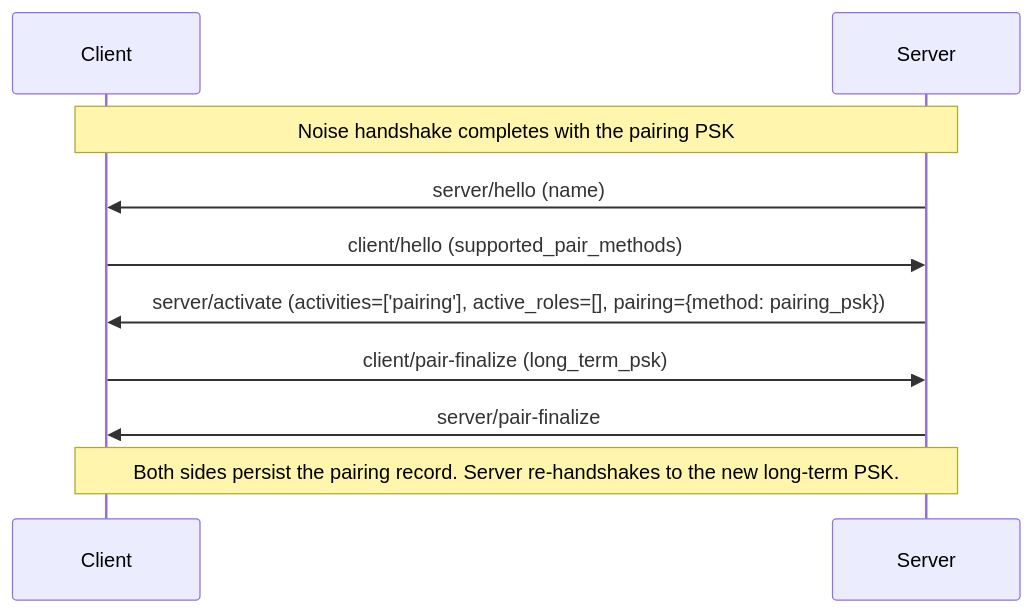
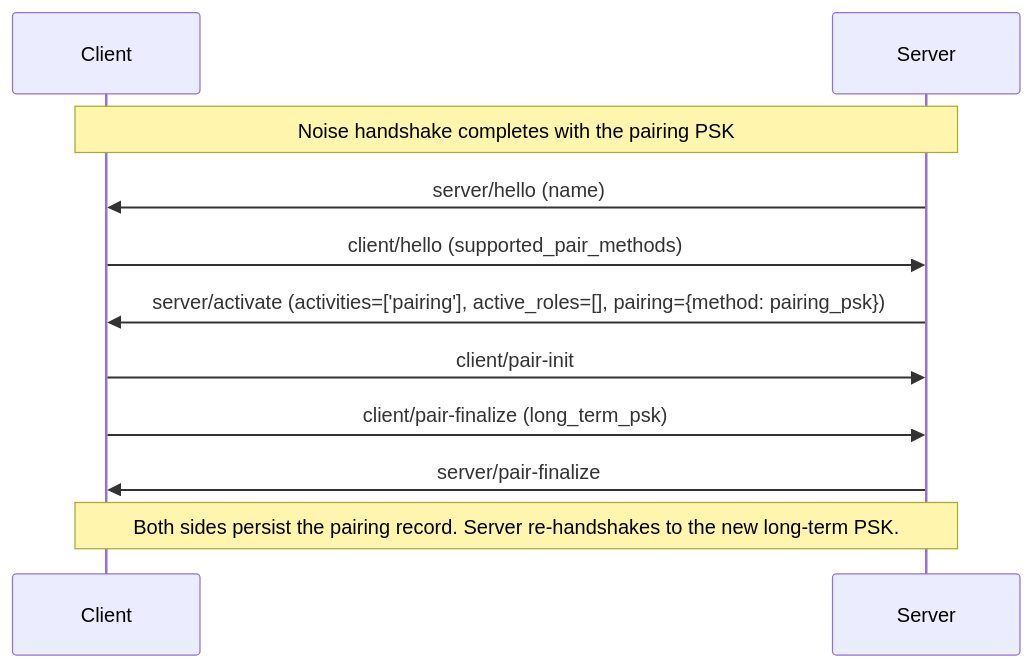
The second of 4 diagrams in README.md (Sendspin/spec), drawn with Mermaid before and after one commit. The commit also changed other lines of this file and 1 other file, not shown here.

````diff
--- a/README.md
+++ b/README.md
@@ -810,14 +810,15 @@
 ```mermaid
 sequenceDiagram
     participant Client
     participant Server
 
     Note over Client,Server: Noise handshake completes with the pairing PSK
 
     Server->>Client: server/hello (name)
     Client->>Server: client/hello (supported_pair_methods)
     Server->>Client: server/activate (activities=['pairing'], active_roles=[], pairing={method: pairing_psk})
+    Client->>Server: client/pair-init
     Client->>Server: client/pair-finalize (long_term_psk)
     Server->>Client: server/pair-finalize
     Note over Client,Server: Both sides persist the pairing record. Server re-handshakes to the new long-term PSK.
 ```
````
